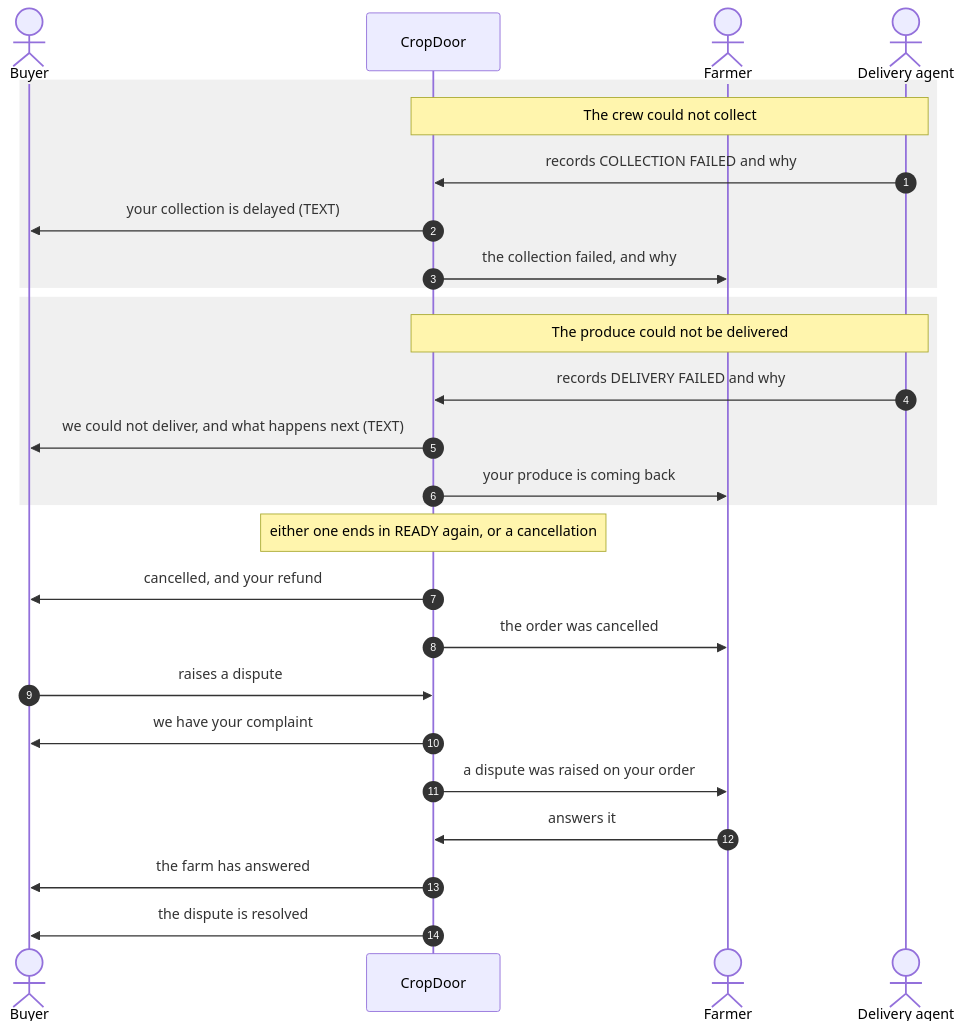
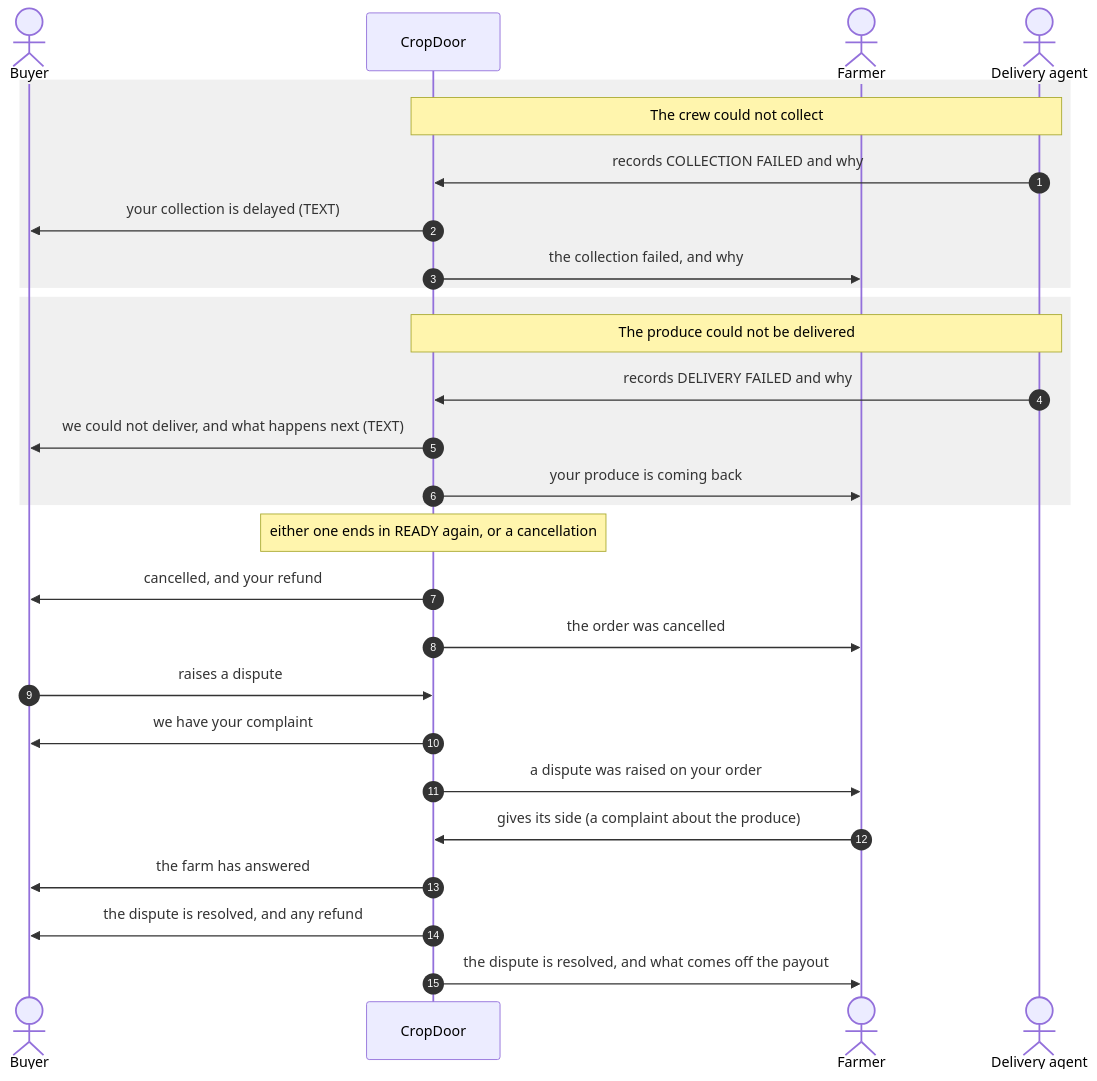
The second of 2 diagrams in docs/domain/order-delivery-notifications.md (cropdoor/cropdoor-almanac), drawn with Mermaid before and after one commit. The commit also changed other lines of this file, not shown here.

Commit message:
docs(notifications): the dispute messages U5 completed (#405)

````diff
--- a/docs/domain/order-delivery-notifications.md
+++ b/docs/domain/order-delivery-notifications.md
@@ -64,32 +65,33 @@
 ```mermaid
 sequenceDiagram
     autonumber
     actor B as Buyer
     participant CD as CropDoor
     actor F as Farmer
     actor DA as Delivery agent
 
     rect rgba(128,128,128,0.12)
     Note over DA,CD: The crew could not collect
     DA->>CD: records COLLECTION FAILED and why
     CD->>B: your collection is delayed (TEXT)
     CD->>F: the collection failed, and why
     end
 
     rect rgba(128,128,128,0.12)
     Note over DA,CD: The produce could not be delivered
     DA->>CD: records DELIVERY FAILED and why
     CD->>B: we could not deliver, and what happens next (TEXT)
     CD->>F: your produce is coming back
     end
 
     Note over CD: either one ends in READY again, or a cancellation
     CD->>B: cancelled, and your refund
     CD->>F: the order was cancelled
     B->>CD: raises a dispute
     CD->>B: we have your complaint
     CD->>F: a dispute was raised on your order
-    F->>CD: answers it
+    F->>CD: gives its side (a complaint about the produce)
     CD->>B: the farm has answered
-    CD->>B: the dispute is resolved
+    CD->>B: the dispute is resolved, and any refund
+    CD->>F: the dispute is resolved, and what comes off the payout
 ```
````
